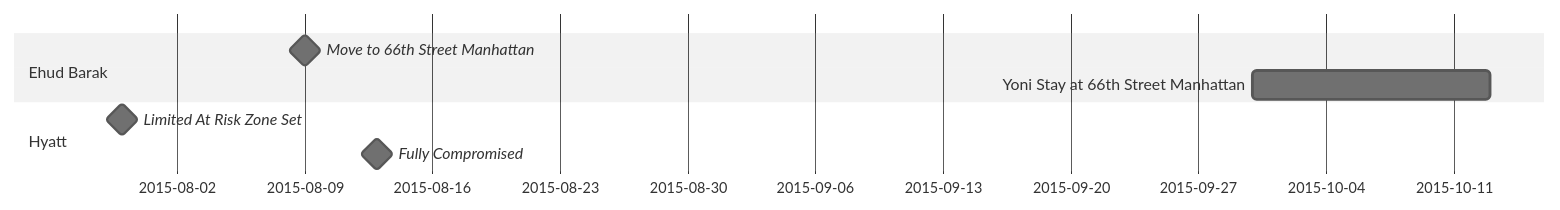
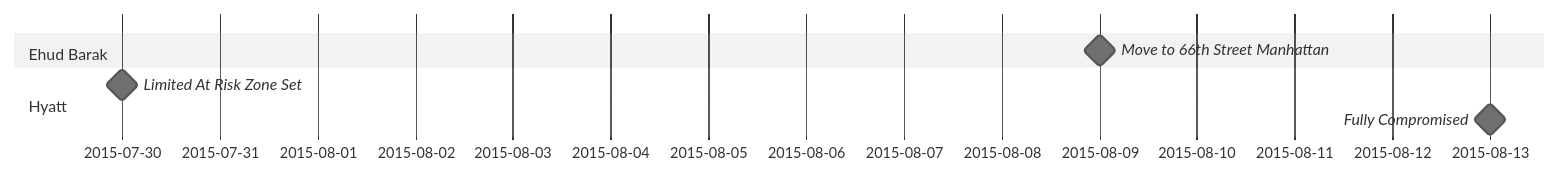
The diagram in src/ch2-timeline.mmd (s0cks/osint-who-hacked-us), drawn with Mermaid (neutral theme) before and after one commit. The commit also changed 23 other files, not shown here.

```diff
--- a/src/ch2-timeline.mmd
+++ b/src/ch2-timeline.mmd
@@ -1,8 +1,7 @@
 gantt
   dateFormat YYYY-MM-DD
   section Ehud Barak
     Move to 66th Street Manhattan      :milestone, eb1, 2015-08-09, 0d
-    Yoni Stay at 66th Street Manhattan : eb2, 2015-09-30, 2015-10-13
   section Hyatt
     Limited At Risk Zone Set           :milestone, hy1, 2015-07-30, 0d
     Fully Compromised                  :milestone, hy2, 2015-08-13, 0d
```
